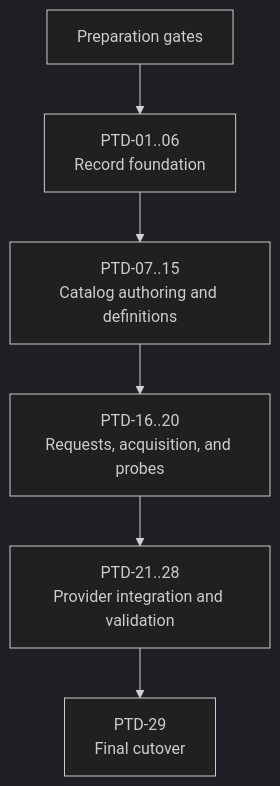
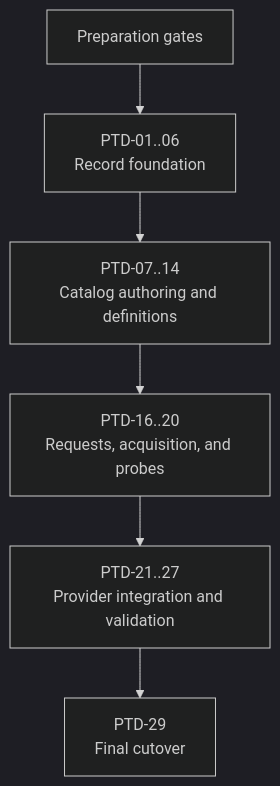
Before and after one commit to omry/reploy: the diagram in docs/PORTABLE_TOOL_DEFINITION_IMPLEMENTATION_PLAN.md, drawn with Mermaid (dark theme). The commit also changed other lines of this file and 55 other files, not shown here.

First line of the commit message:
PTD-23.2: Retire asciinema catalog and split Python wheel delivery

````diff
--- a/docs/PORTABLE_TOOL_DEFINITION_IMPLEMENTATION_PLAN.md
+++ b/docs/PORTABLE_TOOL_DEFINITION_IMPLEMENTATION_PLAN.md
@@ -352,8 +361,8 @@
 ```mermaid
 flowchart TD
     PREP["Preparation gates"] --> FOUNDATION["PTD-01..06\nRecord foundation"]
-    FOUNDATION --> CATALOG["PTD-07..15\nCatalog authoring and definitions"]
+    FOUNDATION --> CATALOG["PTD-07..14\nCatalog authoring and definitions"]
     CATALOG --> ACQUIRE["PTD-16..20\nRequests, acquisition, and probes"]
-    ACQUIRE --> PROVIDERS["PTD-21..28\nProvider integration and validation"]
+    ACQUIRE --> PROVIDERS["PTD-21..27\nProvider integration and validation"]
     PROVIDERS --> FINAL["PTD-29\nFinal cutover"]
 ```
````
